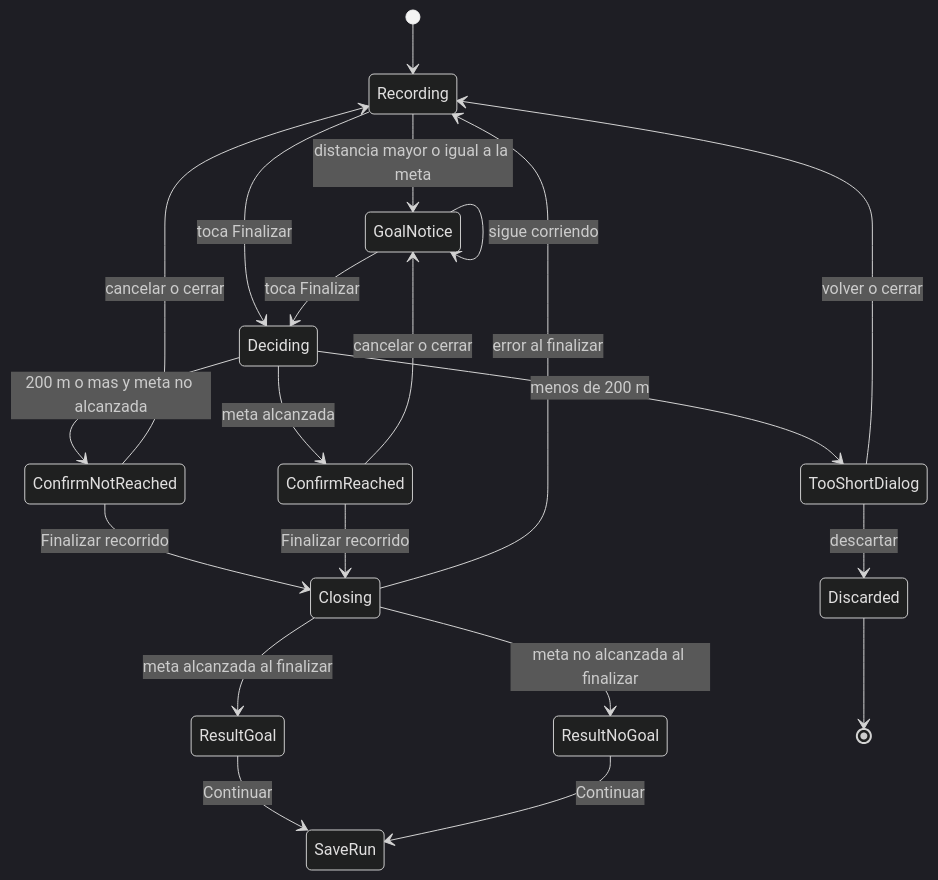
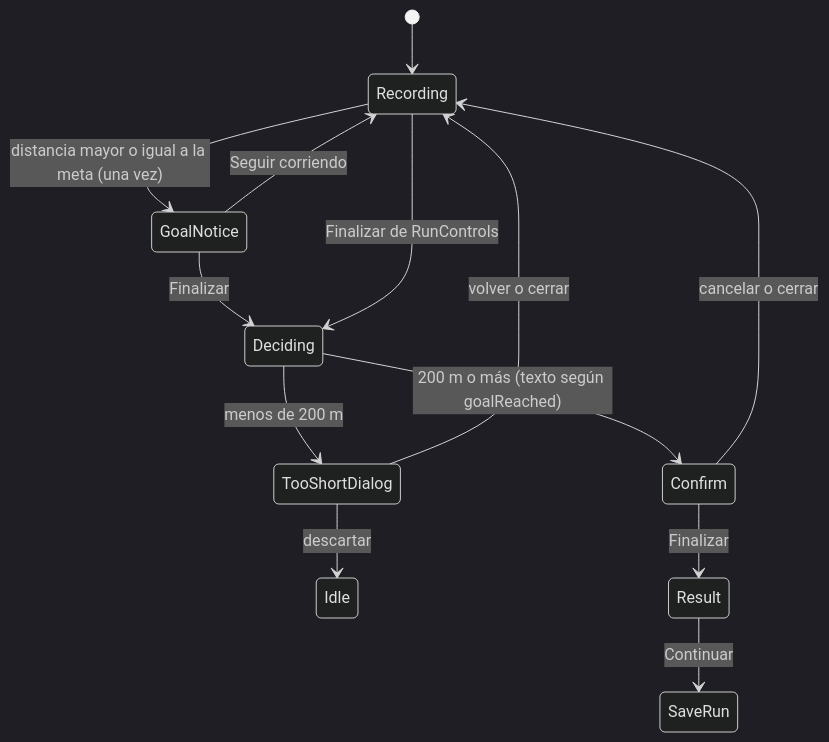
Before and after one commit to unlam-tec-movil/A3-2026-H2-E2: the second of 3 diagrams in .kiro/specs/finish-run-result/design.md, drawn with Mermaid (dark theme). The commit also changed other lines of this file and 1 other file, not shown here.

Commit message:
docs(spec): finish-run-result se alinea con el código real de HU-04

````diff
--- a/.kiro/specs/finish-run-result/design.md
+++ b/.kiro/specs/finish-run-result/design.md
@@ -231,23 +218,15 @@
 ```mermaid
 stateDiagram-v2
     [*] --> Recording
-    Recording --> GoalNotice: distancia mayor o igual a la meta
-    GoalNotice --> GoalNotice: sigue corriendo
-    Recording --> Deciding: toca Finalizar
-    GoalNotice --> Deciding: toca Finalizar
+    Recording --> GoalNotice: distancia mayor o igual a la meta (una vez)
+    GoalNotice --> Recording: Seguir corriendo
+    GoalNotice --> Deciding: Finalizar
+    Recording --> Deciding: Finalizar de RunControls
     Deciding --> TooShortDialog: menos de 200 m
-    Deciding --> ConfirmNotReached: 200 m o mas y meta no alcanzada
-    Deciding --> ConfirmReached: meta alcanzada
+    Deciding --> Confirm: 200 m o más (texto según goalReached)
     TooShortDialog --> Recording: volver o cerrar
-    TooShortDialog --> Discarded: descartar
-    ConfirmNotReached --> Recording: cancelar o cerrar
-    ConfirmReached --> GoalNotice: cancelar o cerrar
-    ConfirmNotReached --> Closing: Finalizar recorrido
-    ConfirmReached --> Closing: Finalizar recorrido
-    Closing --> ResultGoal: meta alcanzada al finalizar
-    Closing --> ResultNoGoal: meta no alcanzada al finalizar
-    Closing --> Recording: error al finalizar
-    ResultGoal --> SaveRun: Continuar
-    ResultNoGoal --> SaveRun: Continuar
-    Discarded --> [*]
+    TooShortDialog --> Idle: descartar
+    Confirm --> Recording: cancelar o cerrar
+    Confirm --> Result: Finalizar
+    Result --> SaveRun: Continuar
 ```
````
